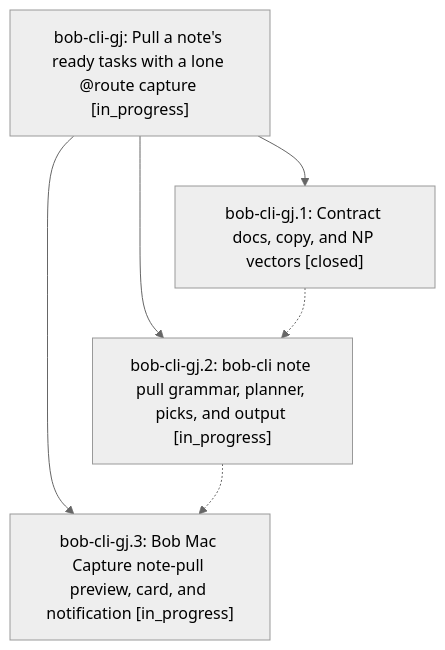
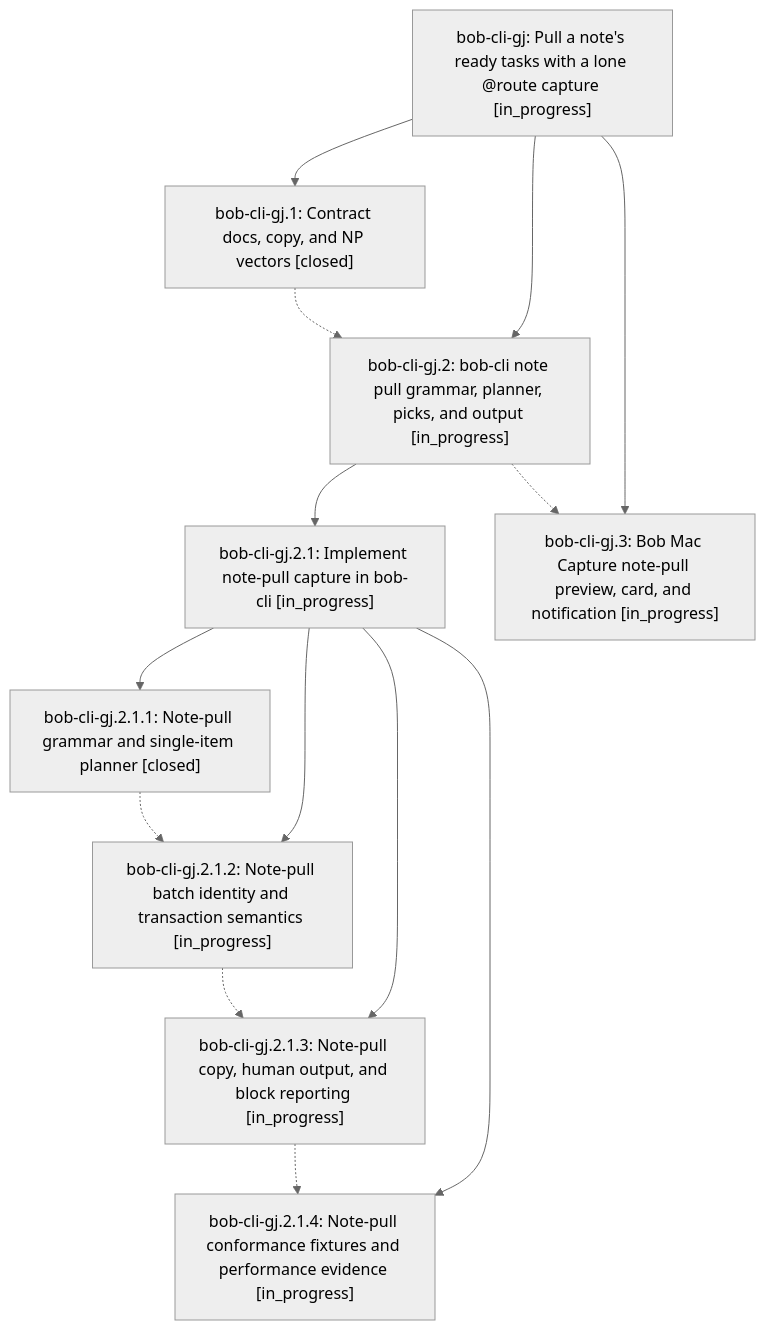
The diagram in pages/bob-cli-gj/README.md (bobs-org/bob-cli--beads), drawn with Mermaid (neutral theme) before and after one commit. The commit also changed other lines of this file and 7 other files, not shown here.

First line of the commit message:
chore(beads): sync bead state and pages for bob-cli-gj

````diff
--- a/pages/bob-cli-gj/README.md
+++ b/pages/bob-cli-gj/README.md
@@ -36,12 +36,25 @@
 ```mermaid
 flowchart TD
     n0["bob-cli-gj: Pull a note's ready tasks with a lone @route capture [in_progress]"]
     n1["bob-cli-gj.1: Contract docs, copy, and NP vectors [closed]"]
     n2["bob-cli-gj.2: bob-cli note pull grammar, planner, picks, and output [in_progress]"]
-    n3["bob-cli-gj.3: Bob Mac Capture note-pull preview, card, and notification [in_progress]"]
+    n3["bob-cli-gj.2.1: Implement note-pull capture in bob-cli [in_progress]"]
+    n4["bob-cli-gj.2.1.1: Note-pull grammar and single-item planner [closed]"]
+    n5["bob-cli-gj.2.1.2: Note-pull batch identity and transaction semantics [in_progress]"]
+    n6["bob-cli-gj.2.1.3: Note-pull copy, human output, and block reporting [in_progress]"]
+    n7["bob-cli-gj.2.1.4: Note-pull conformance fixtures and performance evidence [in_progress]"]
+    n8["bob-cli-gj.3: Bob Mac Capture note-pull preview, card, and notification [in_progress]"]
     n0 --> n1
     n0 --> n2
-    n0 --> n3
+    n2 --> n3
+    n3 --> n4
+    n3 --> n5
+    n3 --> n6
+    n3 --> n7
+    n0 --> n8
     n1 -.-> n2
-    n2 -.-> n3
+    n2 -.-> n8
+    n4 -.-> n5
+    n5 -.-> n6
+    n6 -.-> n7
 ```
````
